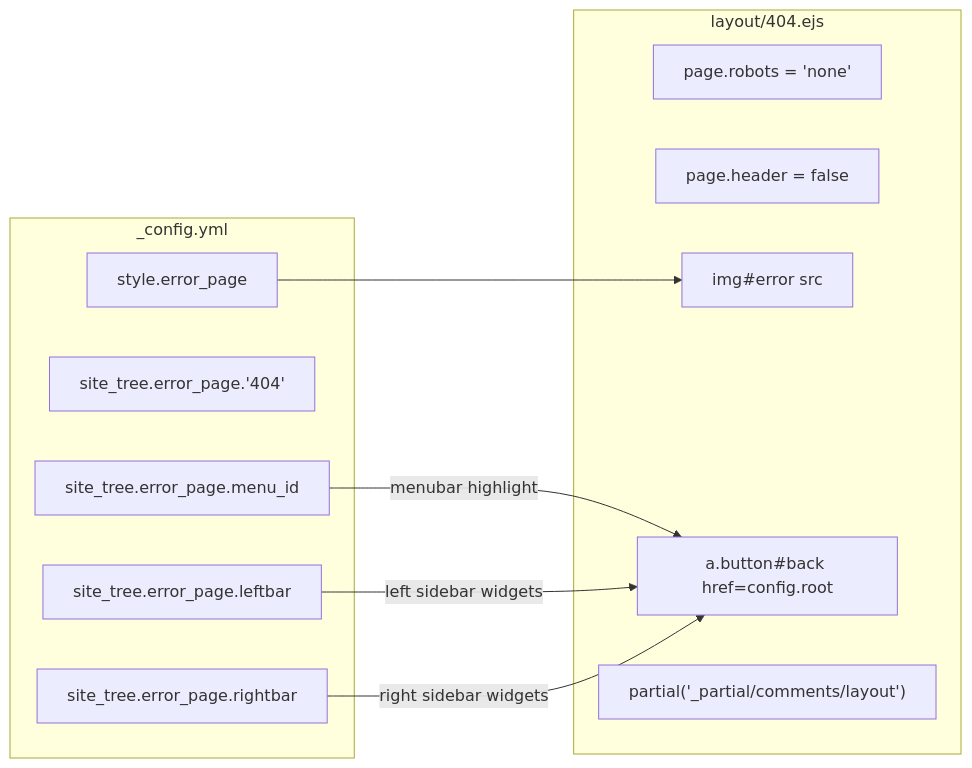
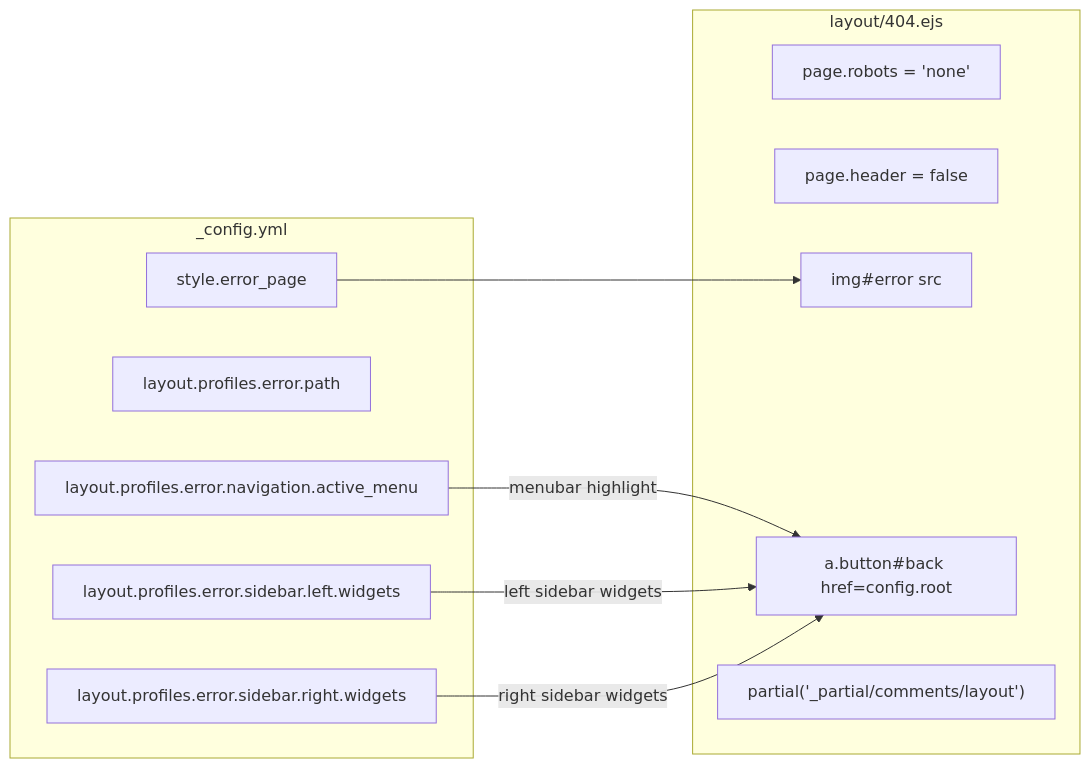
Before and after one commit to xaoxuu/hexo-theme-stellar: the second of 3 diagrams in docs/knowledge/03-内容系统/error-pages.md, drawn with Mermaid. The commit also changed other lines of this file and 60 other files, not shown here.

````diff
--- a/docs/knowledge/03-内容系统/error-pages.md
+++ b/docs/knowledge/03-内容系统/error-pages.md
@@ -119,23 +125,23 @@
 ```mermaid
 flowchart LR
   subgraph "_config.yml"
-    S1["site_tree.error_page.menu_id"]
-    S2["site_tree.error_page.'404'"]
-    S3["site_tree.error_page.leftbar"]
-    S4["site_tree.error_page.rightbar"]
+    S1["layout.profiles.error.navigation.active_menu"]
+    S2["layout.profiles.error.path"]
+    S3["layout.profiles.error.sidebar.left.widgets"]
+    S4["layout.profiles.error.sidebar.right.widgets"]
     S5["style.error_page"]
   end
 
   subgraph "layout/404.ejs"
     T1["page.robots = 'none'"]
     T2["page.header = false"]
     T3["img#error src"]
     T4["a.button#back href=config.root"]
     T5["partial('_partial/comments/layout')"]
   end
 
   S5 --> T3
   S1 --> |"menubar highlight"| T4
   S3 --> |"left sidebar widgets"| T4
   S4 --> |"right sidebar widgets"| T4
 ```
````
